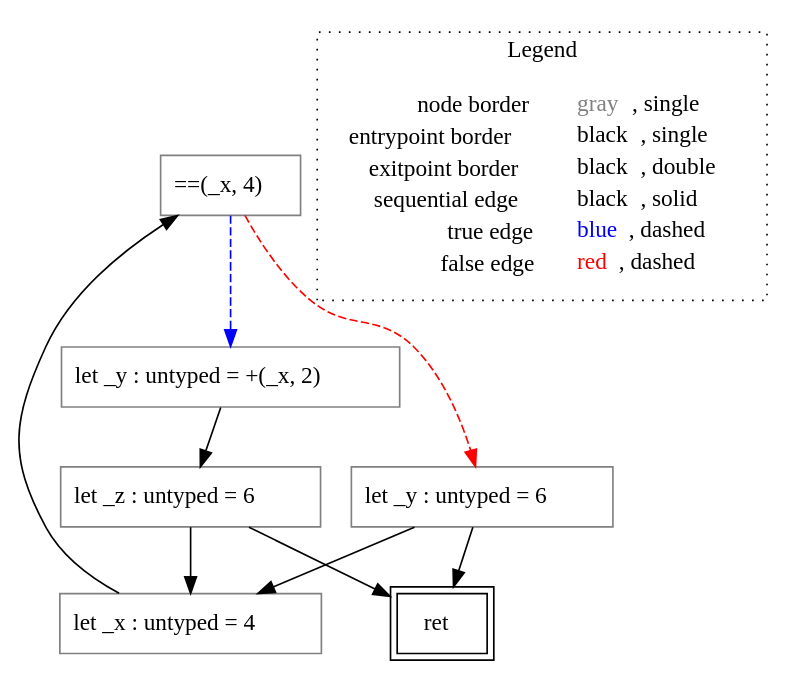
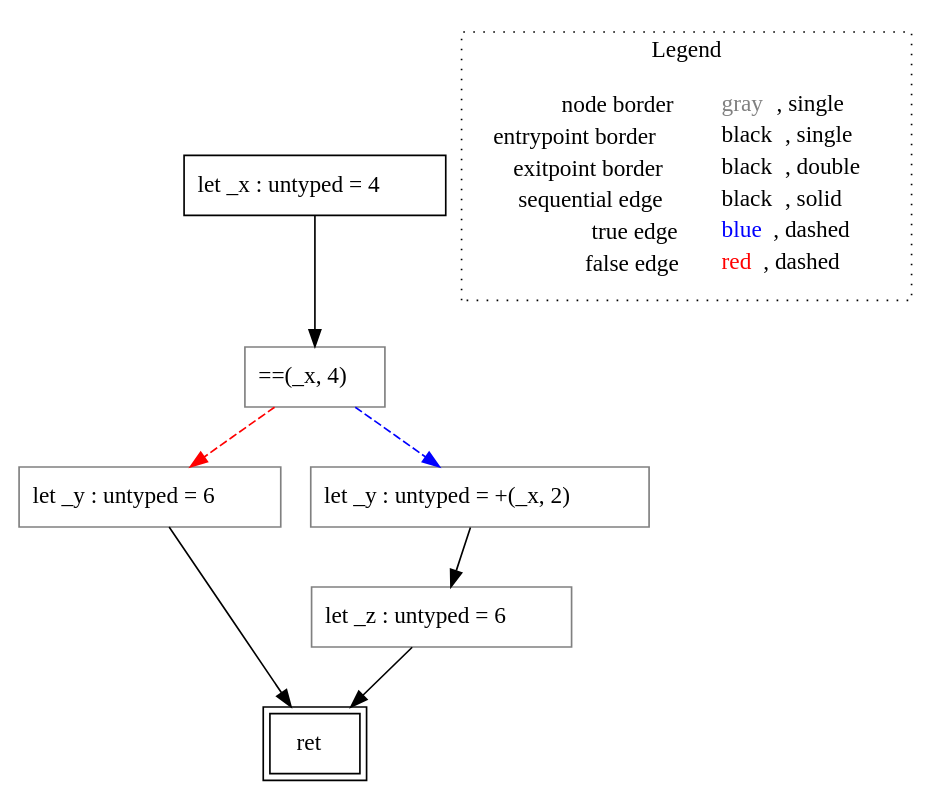
Before and after one commit to VincenzoArceri/rust-lisa: the diagram in rust-lisa/rust-testcases/cfg/return-void/()_rust-testcases_cfg_return-void_return-void.rs.func3().dot, drawn with Graphviz. The commit also changed 7 other files, not shown here.

```diff
--- a/rust-lisa/rust-testcases/cfg/return-void/()_rust-testcases_cfg_return-void_return-void.rs.func3().dot
+++ b/rust-lisa/rust-testcases/cfg/return-void/()_rust-testcases_cfg_return-void_return-void.rs.func3().dot
@@ -1,23 +1,21 @@
 digraph {
-	"node0" [shape="rect",color="gray",label=<==(_x, 4)>];
-	"node1" [shape="rect",color="gray",label=<let _x : untyped = 4>];
+	"node0" [shape="rect",color="black",label=<let _x : untyped = 4>];
+	"node1" [shape="rect",color="gray",label=<==(_x, 4)>];
 	"node2" [shape="rect",color="gray",label=<let _y : untyped = 6>];
 	"node3" [shape="rect",color="gray",label=<let _y : untyped = +(_x, 2)>];
 	"node4" [shape="rect",color="gray",label=<let _z : untyped = 6>];
 	"node5" [shape="rect",color="black",peripheries="2",label=<ret>];
-	"node0" -> "node2" [color="red",style="dashed"];
-	"node0" -> "node3" [color="blue",style="dashed"];
-	"node1" -> "node0" [color="black"];
-	"node2" -> "node1" [color="black"];
+	"node1" -> "node2" [color="red",style="dashed"];
+	"node1" -> "node3" [color="blue",style="dashed"];
+	"node0" -> "node1" [color="black"];
 	"node2" -> "node5" [color="black"];
 	"node3" -> "node4" [color="black"];
-	"node4" -> "node1" [color="black"];
 	"node4" -> "node5" [color="black"];
 subgraph cluster_legend {
 	label="Legend";
 	style=dotted;
 	node [shape=plaintext];
 	"legend" [label=<<table border="0" cellpadding="2" cellspacing="0" cellborder="0"><tr><td align="right">node border&nbsp;</td><td align="left"><font color="gray">gray</font>, single</td></tr><tr><td align="right">entrypoint border&nbsp;</td><td align="left"><font color="black">black</font>, single</td></tr><tr><td align="right">exitpoint border&nbsp;</td><td align="left"><font color="black">black</font>, double</td></tr><tr><td align="right">sequential edge&nbsp;</td><td align="left"><font color="black">black</font>, solid</td></tr><tr><td align="right">true edge&nbsp;</td><td align="left"><font color="blue">blue</font>, dashed</td></tr><tr><td align="right">false edge&nbsp;</td><td align="left"><font color="red">red</font>, dashed</td></tr></table>>];
 }
 
 }
```
